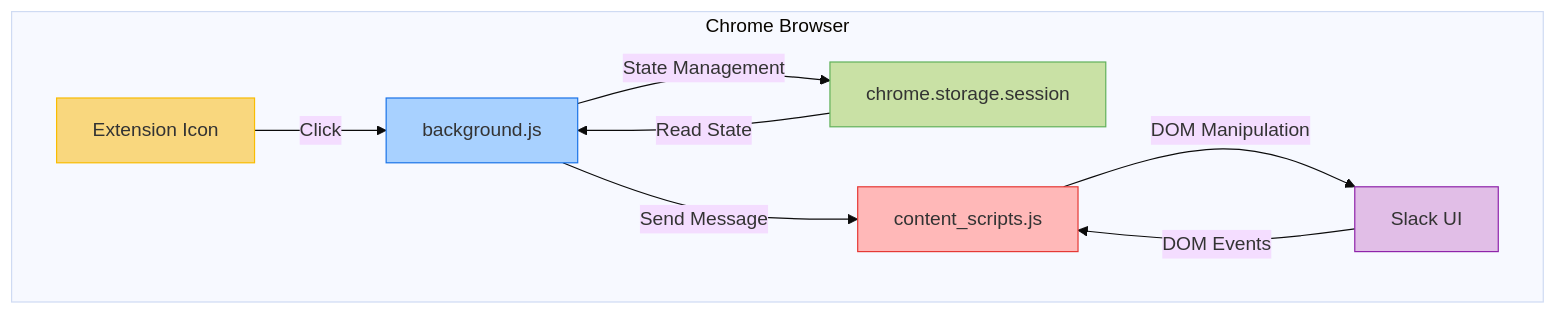
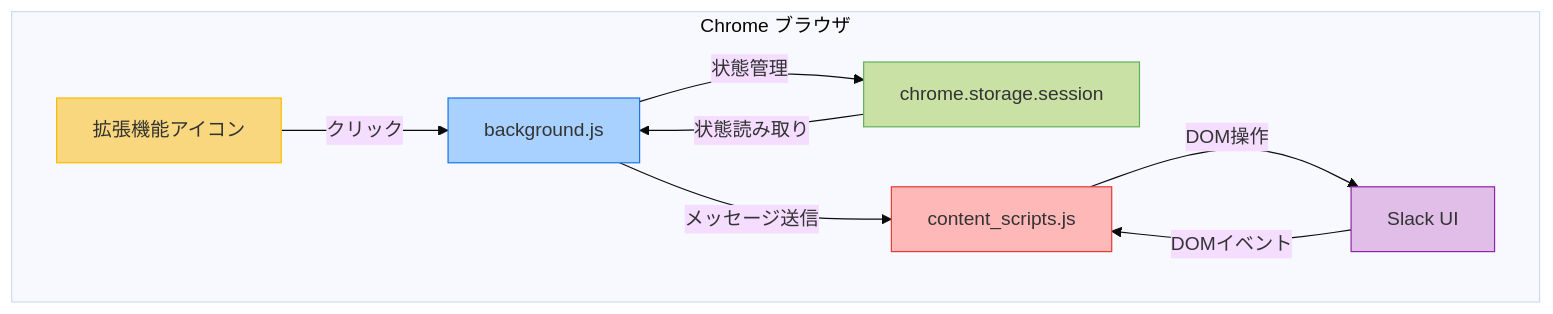
One commit to TomohiroIshiguro/chrome_ext_disappear_slack_messages changed the first of 8 diagrams in docs/wiki/Technical-Details.md. Above: the diagram before and after it, drawn with Mermaid (base theme). The commit also changed other lines of this file, not shown here.

Commit message:
更新：詳細な処理フロー図の追加、日本語化、開発者向けセクションの追加

````diff
--- a/docs/wiki/Technical-Details.md
+++ b/docs/wiki/Technical-Details.md
@@ -16,17 +16,17 @@
 ```mermaid
 graph TD
-    subgraph "Chrome Browser"
-        A[Extension Icon] -->|Click| B[background.js]
-        B -->|State Management| C[chrome.storage.session]
-        C -->|Read State| B
-        B -->|Send Message| D[content_scripts.js]
-        D -->|DOM Manipulation| E[Slack UI]
-        E -->|DOM Events| D
+    subgraph "Chrome ブラウザ"
+        A[拡張機能アイコン] -->|クリック| B[background.js]
+        B -->|状態管理| C[chrome.storage.session]
+        C -->|状態読み取り| B
+        B -->|メッセージ送信| D[content_scripts.js]
+        D -->|DOM操作| E[Slack UI]
+        E -->|DOMイベント| D
     end
     
     style A fill:#f9d77e,stroke:#f9bc02
     style B fill:#a8d1ff,stroke:#1a73e8
     style C fill:#c9e1a5,stroke:#61b15a
     style D fill:#ffb8b8,stroke:#e53935
     style E fill:#e1bee7,stroke:#8e24aa
 ```
````
